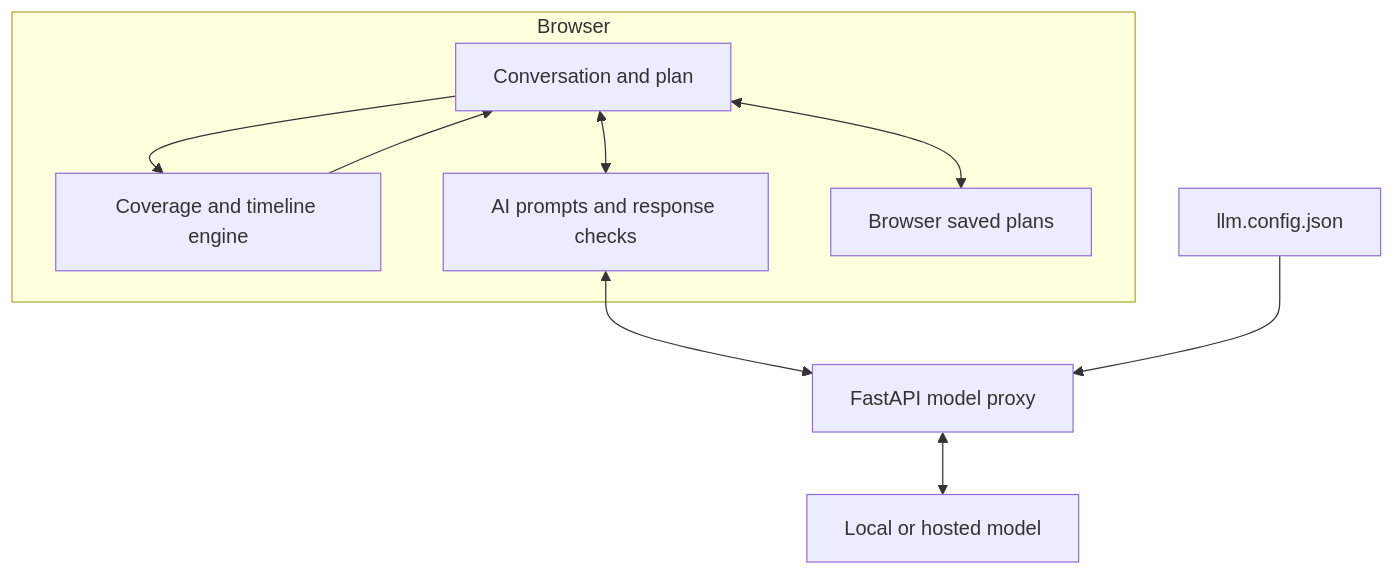
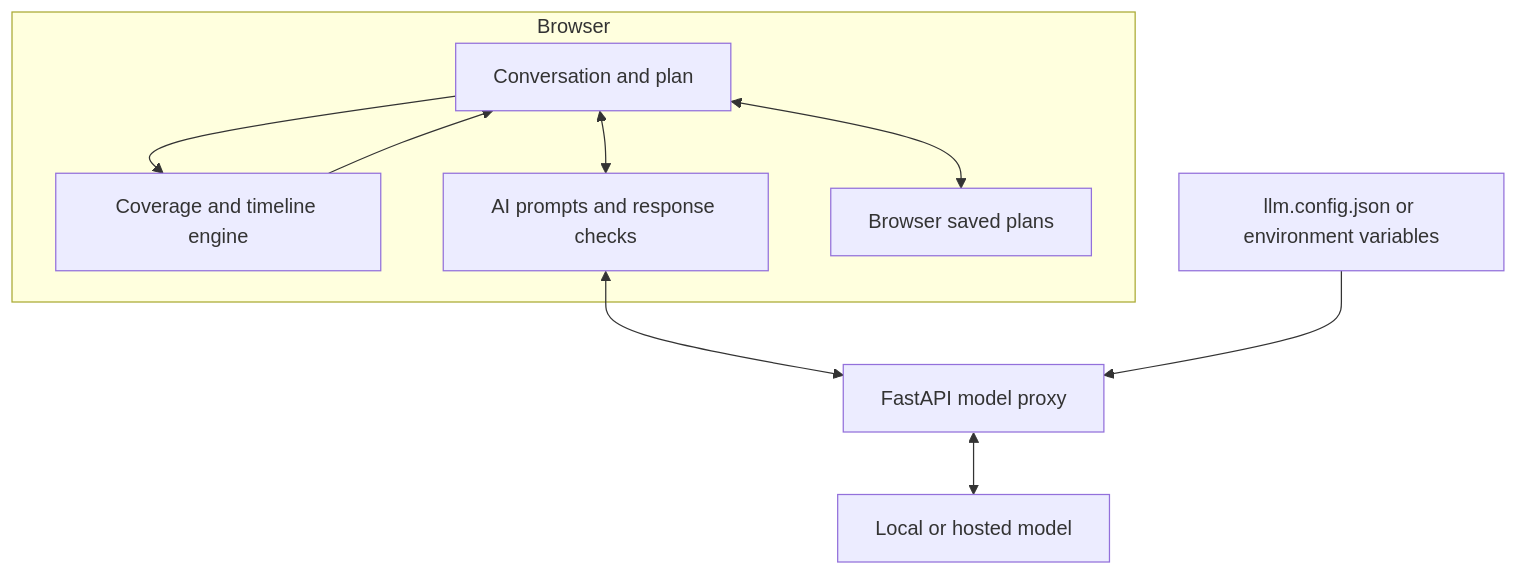
Before and after one commit to Pasindu-Sankalpa/Life-LensV2: the second of 2 diagrams in README.md, drawn with Mermaid. The commit also changed other lines of this file and 10 other files, not shown here.

````diff
--- a/README.md
+++ b/README.md
@@ -166,16 +362,16 @@
 ```mermaid
 flowchart TD
   subgraph Browser
     UI["Conversation and plan"]
     Engine["Coverage and timeline engine"]
     AI["AI prompts and response checks"]
     Saved["Browser saved plans"]
     UI --> Engine
     Engine --> UI
     UI <--> AI
     UI <--> Saved
   end
   AI <--> Proxy["FastAPI model proxy"]
-  Config["llm.config.json"] --> Proxy
+  Config["llm.config.json or environment variables"] --> Proxy
   Proxy <--> Model["Local or hosted model"]
 ```
````
